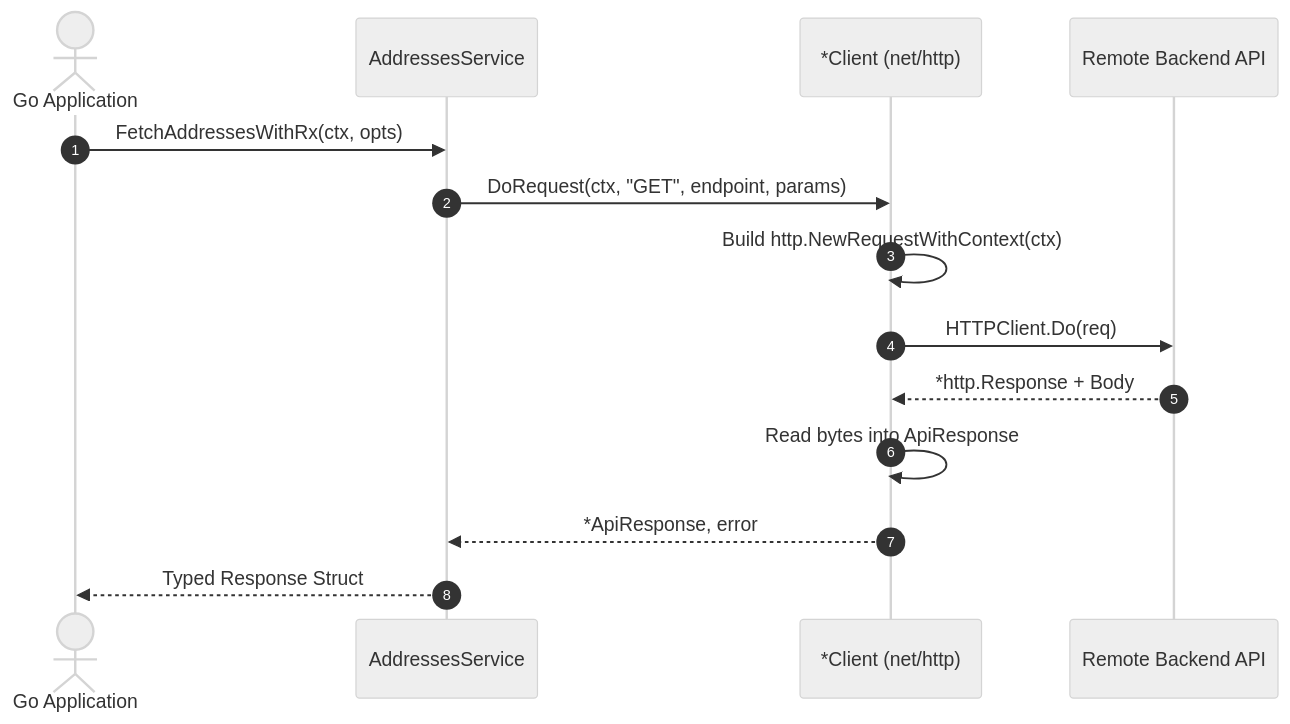
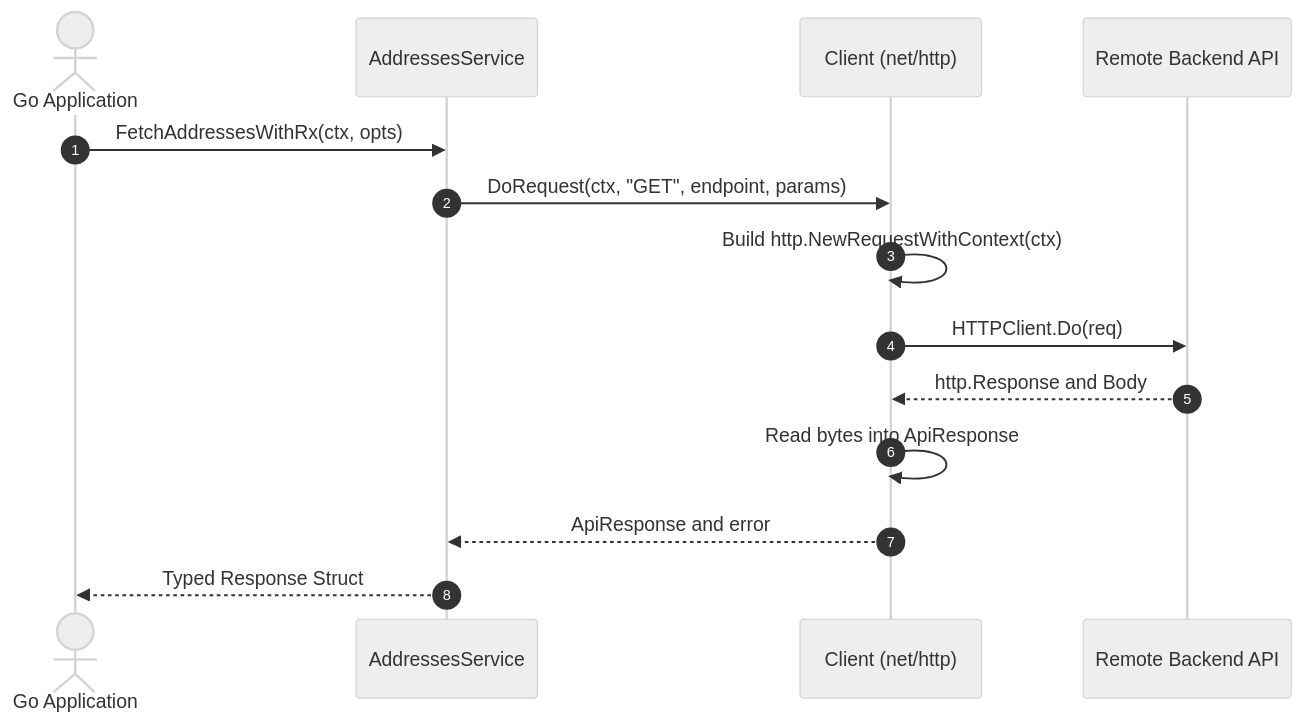
The diagram in docs/go.md (chahakshahcs5/retrofit-sdk-gen), drawn with Mermaid (neutral theme) before and after one commit. The commit also changed 13 other files, not shown here.

Commit message:
fix(docs): quote Mermaid edge labels and sanitize syntax for GitHub renderer

````diff
--- a/docs/go.md
+++ b/docs/go.md
@@ -57,17 +57,17 @@
 ```mermaid
 sequenceDiagram
     autonumber
     actor App as Go Application
     participant Svc as AddressesService
-    participant Client as *Client (net/http)
+    participant Client as Client (net/http)
     participant Net as Remote Backend API
 
     App->>Svc: FetchAddressesWithRx(ctx, opts)
     Svc->>Client: DoRequest(ctx, "GET", endpoint, params)
     Client->>Client: Build http.NewRequestWithContext(ctx)
     Client->>Net: HTTPClient.Do(req)
-    Net-->>Client: *http.Response + Body
+    Net-->>Client: http.Response and Body
     Client->>Client: Read bytes into ApiResponse
-    Client-->>Svc: *ApiResponse, error
+    Client-->>Svc: ApiResponse and error
     Svc-->>App: Typed Response Struct
 ```
````
